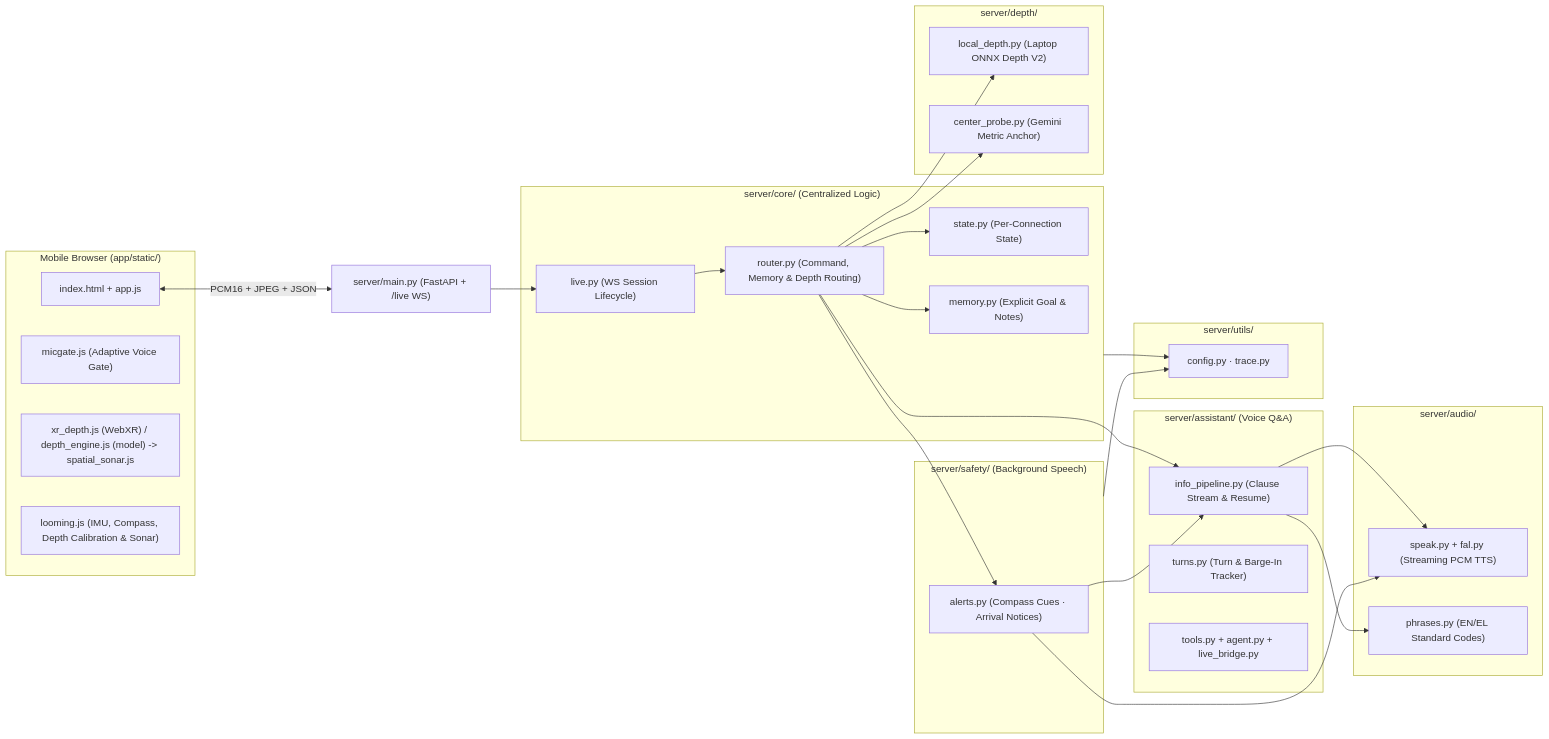
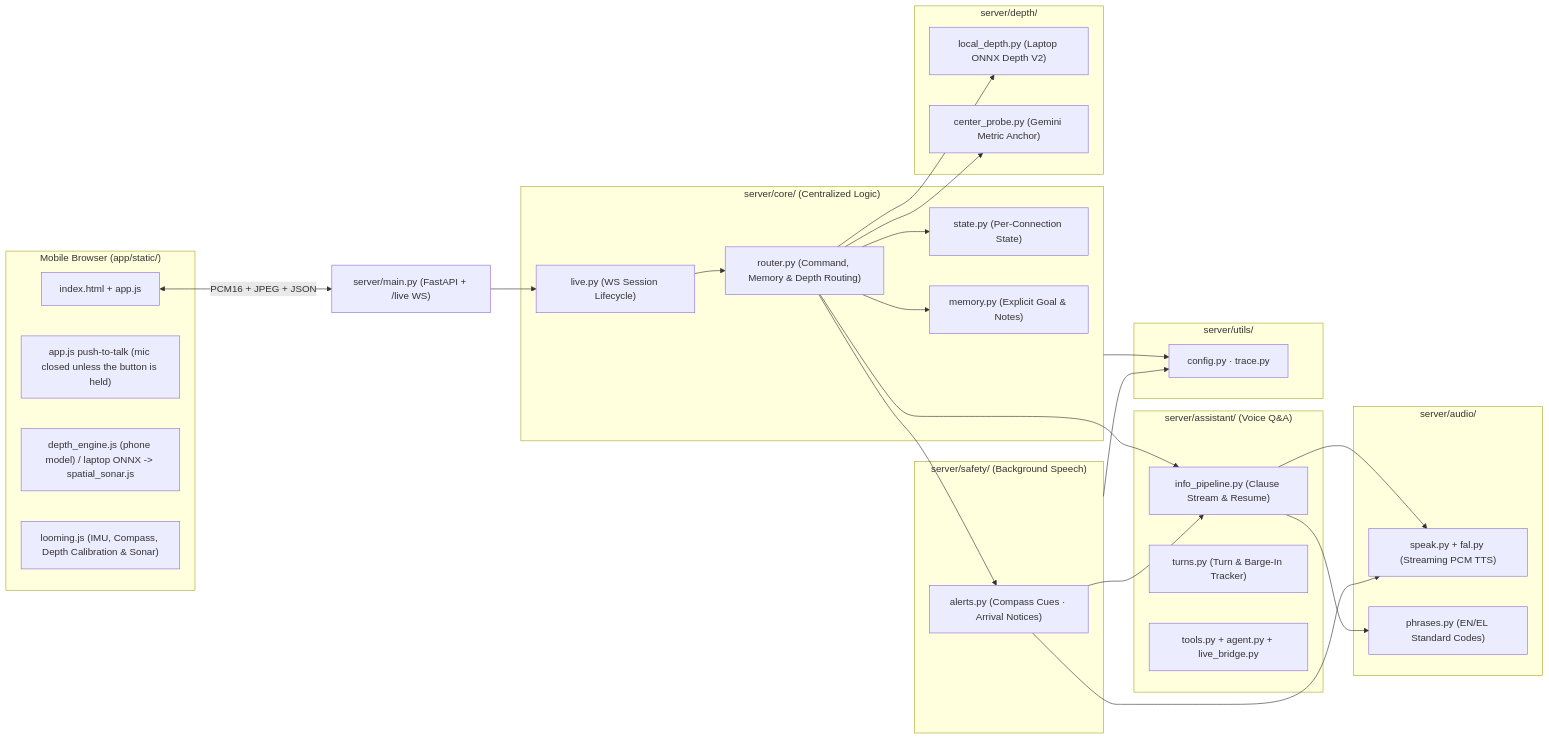
The first of 2 diagrams in app/README.md (Mike17K/genaisummit2026), drawn with Mermaid before and after one commit. The commit also changed other lines of this file and 14 other files, not shown here.

First line of the commit message:
VoxEye: push-to-talk, always-on stereo sonar, depth view, Bluetooth stereo fix

````diff
--- a/app/README.md
+++ b/app/README.md
@@ -11,57 +11,57 @@
 ```mermaid
 flowchart LR
     subgraph Client["Mobile Browser (app/static/)"]
         UI["index.html + app.js"]
-        MG["micgate.js (Adaptive Voice Gate)"]
-        DW["xr_depth.js (WebXR) / depth_engine.js (model) -> spatial_sonar.js"]
+        MG["app.js push-to-talk (mic closed unless the button is held)"]
+        DW["depth_engine.js (phone model) / laptop ONNX -> spatial_sonar.js"]
         LM["looming.js (IMU, Compass, Depth Calibration & Sonar)"]
     end
 
     Entry["server/main.py (FastAPI + /live WS)"]
 
     subgraph Core["server/core/ (Centralized Logic)"]
         LIVE["live.py (WS Session Lifecycle)"]
         RTR["router.py (Command, Memory & Depth Routing)"]
         ST["state.py (Per-Connection State)"]
         MEM["memory.py (Explicit Goal & Notes)"]
     end
 
     subgraph Assistant["server/assistant/ (Voice Q&A)"]
         INFO["info_pipeline.py (Clause Stream & Resume)"]
         TRN["turns.py (Turn & Barge-In Tracker)"]
         TLS["tools.py + agent.py + live_bridge.py"]
     end
 
     subgraph Safety["server/safety/ (Background Speech)"]
         ALT["alerts.py (Compass Cues · Arrival Notices)"]
     end
 
     subgraph Depth["server/depth/"]
         LDP["local_depth.py (Laptop ONNX Depth V2)"]
         CPR["center_probe.py (Gemini Metric Anchor)"]
     end
 
     subgraph Audio["server/audio/"]
         SPK["speak.py + fal.py (Streaming PCM TTS)"]
         PHR["phrases.py (EN/EL Standard Codes)"]
     end
 
     subgraph Utils["server/utils/"]
         UTL["config.py · trace.py"]
     end
 
     UI <-->|"PCM16 + JPEG + JSON"| Entry
     Entry --> LIVE --> RTR
     RTR --> ST
     RTR --> MEM
     RTR --> INFO
     RTR --> ALT
     RTR --> LDP
     INFO --> SPK
     INFO --> PHR
     ALT --> INFO
     ALT --> SPK
     RTR --> CPR
     Core --> UTL
     Safety --> UTL
 ```
````
